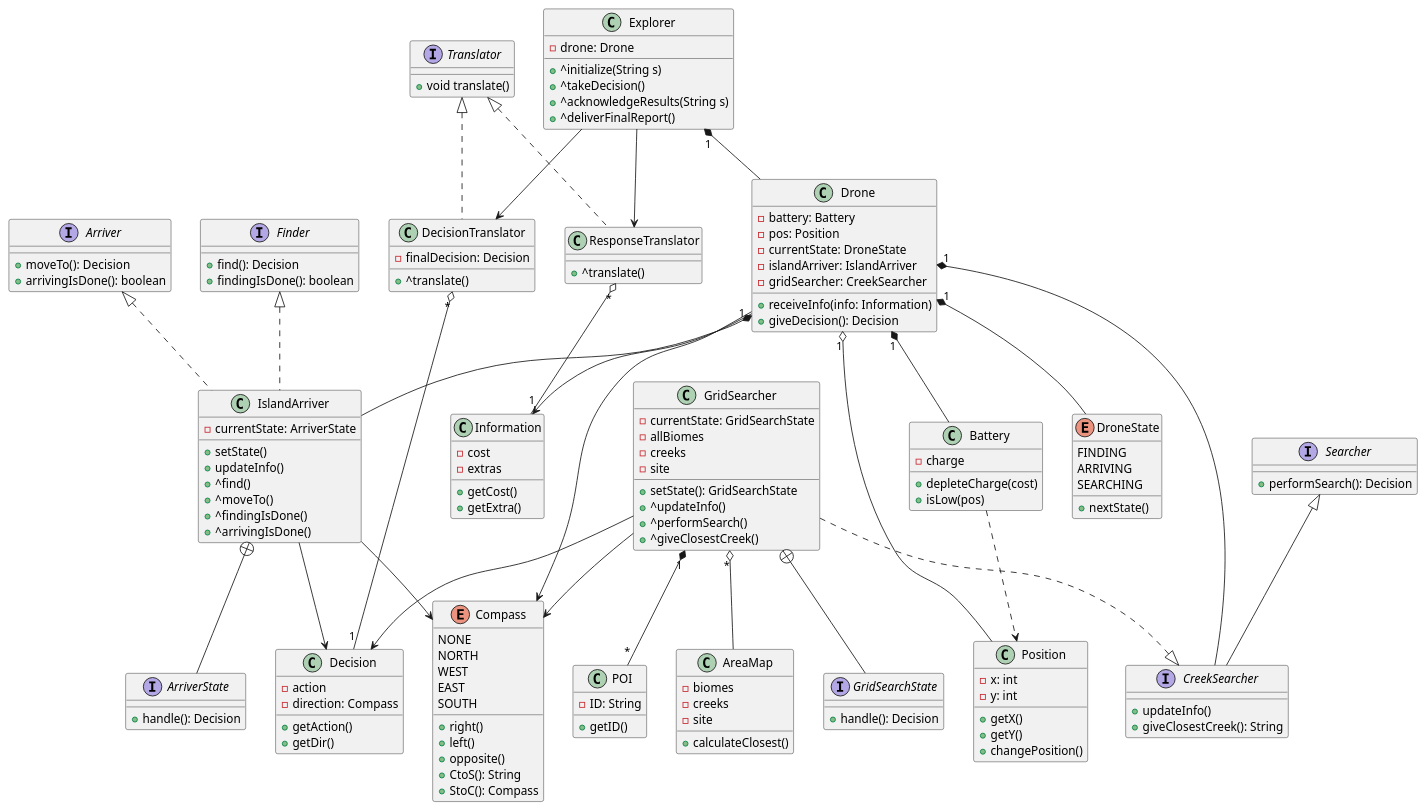
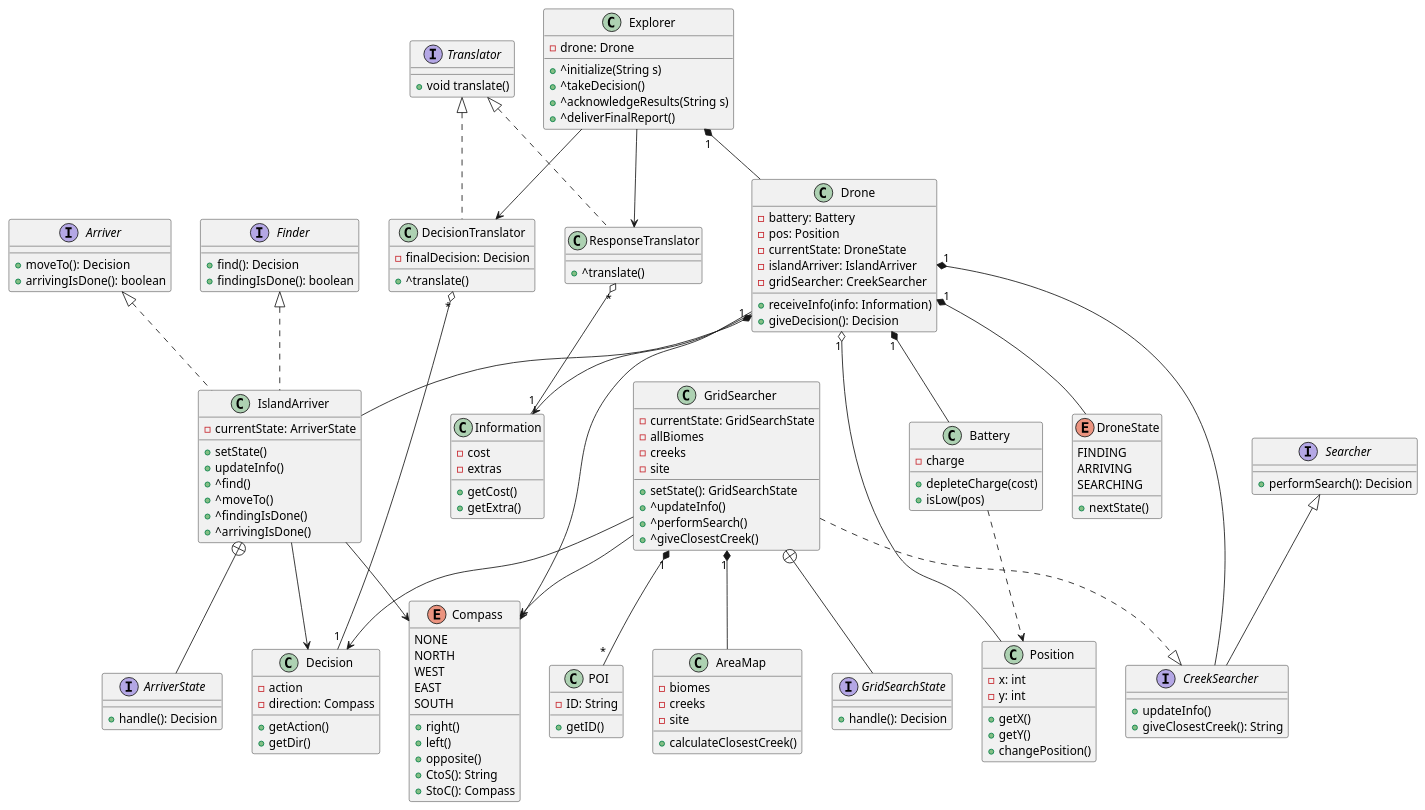
One commit to 2AA4-W24/a2-rescue-mission-team-111 changed the diagram in plantUML/HLclassdiagram.puml. Above: the diagram before and after it, drawn with PlantUML. The commit also changed 1 other file, not shown here.

Commit message:
Map representation UML

```diff
--- a/plantUML/HLclassdiagram.puml
+++ b/plantUML/HLclassdiagram.puml
@@ -1,181 +1,181 @@
 @startuml High-Level Class Diagram
     class Explorer {
         -drone: Drone 
         +^initialize(String s)
         +^takeDecision()
         +^acknowledgeResults(String s)
         +^deliverFinalReport()
     }
 
     interface Translator {
         +void translate()
     }
 
     Explorer --> DecisionTranslator
     Explorer --> ResponseTranslator
     Translator <|.. ResponseTranslator
     Translator <|.. DecisionTranslator
     
     class ResponseTranslator {
         +^translate()
     }
 
     class DecisionTranslator {
         -finalDecision: Decision 
         +^translate()
     }
 
     DecisionTranslator "*" o-- "1" Decision
 
     class Decision {
         -action
         -direction: Compass 
         +getAction()
         +getDir()
     }
 
     ResponseTranslator "*" o-- "1" Information
     
     class Information {
         -cost
         -extras
         +getCost()
         +getExtra()
     }
 
     Explorer "1" *-- Drone
     
     class Drone {
         -battery: Battery
         -pos: Position
         -currentState: DroneState
         -islandArriver: IslandArriver
         -gridSearcher: CreekSearcher
         +receiveInfo(info: Information)
         +giveDecision(): Decision
     }
     Drone "1" *-- Battery
 
     class Battery {
         -charge
         +depleteCharge(cost)
         +isLow(pos)
     }
 
     Drone "1" o-- Position
 
     class Position {
         -x: int
         -y: int
         +getX()
         +getY()
         +changePosition()
     }
 
     Drone "1" *-- DroneState
 
     enum DroneState {
         FINDING
         ARRIVING
         SEARCHING
         +nextState()
     }
 
     Drone "1" *-- IslandArriver
     Drone "1" *-- CreekSearcher
     GridSearcher ..|> CreekSearcher
     
     interface CreekSearcher {
         +updateInfo()
         +giveClosestCreek(): String
     }
 
     Searcher <|-- CreekSearcher
 
     interface Searcher {
         +performSearch(): Decision
     }
 
     class GridSearcher {
         -currentState: GridSearchState
         -allBiomes
         -creeks
         -site
         +setState(): GridSearchState
         +^updateInfo()
         +^performSearch()
         +^giveClosestCreek()
     }
 
     GridSearcher +-- GridSearchState
 
 
     interface GridSearchState {
         +handle(): Decision
     }
 
     interface Finder {
         +find(): Decision
         +findingIsDone(): boolean
     }
 
     interface Arriver {
         +moveTo(): Decision
         +arrivingIsDone(): boolean
     }
 
     Finder <|.. IslandArriver
     Arriver <|.. IslandArriver
 
     class IslandArriver {
         -currentState: ArriverState
         +setState()
         +updateInfo()
         +^find()
         +^moveTo()
         +^findingIsDone()
         +^arrivingIsDone()
     }
 
     IslandArriver +-- ArriverState
     
     interface ArriverState {
         +handle(): Decision
     }
 
     enum Compass {
         NONE 
         NORTH
         WEST
         EAST 
         SOUTH 
         +right()
         +left()
         +opposite()
         +CtoS(): String
         +StoC(): Compass
     }
 
     class POI {
         -ID: String
         +getID()
     }
 
     class AreaMap {
         -biomes 
         -creeks
         -site
-        +calculateClosest()
+        +calculateClosestCreek()
     }
 
     GridSearcher "1" *-- "*" POI
-    GridSearcher "*" o-- AreaMap 
+    GridSearcher "1" *-- AreaMap 
     Drone --> Compass
     IslandArriver --> Compass
     GridSearcher --> Compass
     GridSearcher --> Decision
     IslandArriver --> Decision
     Drone --> Information
     Battery ..> Position
 
 @enduml
```
